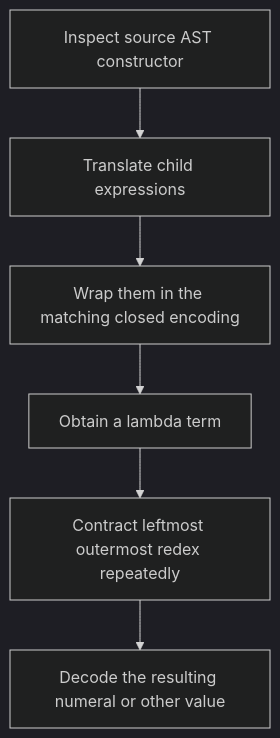
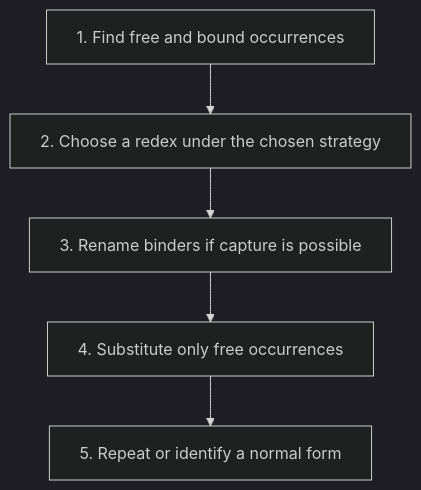
One commit to S0lluxx26/Programming_language_book_analyze changed the diagram in dist/assets/diagrams/textbook-09-2.mmd. Above: the diagram before and after it, drawn with Mermaid (dark theme). The commit also changed 194 other files, not shown here.

```diff
--- a/dist/assets/diagrams/textbook-09-2.mmd
+++ b/dist/assets/diagrams/textbook-09-2.mmd
@@ -1,8 +1,13 @@
+%%{init: {"flowchart": {"wrappingWidth": 600}}}%%
 flowchart TD
-  accTitle: Chapter 9 - translate and normalize a source expression
-  accDescr: Each source constructor chooses an encoding; recursive translation builds a lambda term, which normal-order reduction simplifies.
-  A["Inspect source AST constructor"] --> B["Translate child expressions"]
-  B --> C["Wrap them in the matching closed encoding"]
-  C --> D["Obtain a lambda term"]
-  D --> E["Contract leftmost outermost redex repeatedly"]
-  E --> F["Decode the resulting numeral or other value"]
+  accTitle: Lecture 20 reasoning route
+  accDescr: Numbered stages for applying lambda calculus.
+  N0["1. Find free and bound occurrences"]
+  N1["2. Choose a redex under the chosen strategy"]
+  N0 --> N1
+  N2["3. Rename binders if capture is possible"]
+  N1 --> N2
+  N3["4. Substitute only free occurrences"]
+  N2 --> N3
+  N4["5. Repeat or identify a normal form"]
+  N3 --> N4
```
